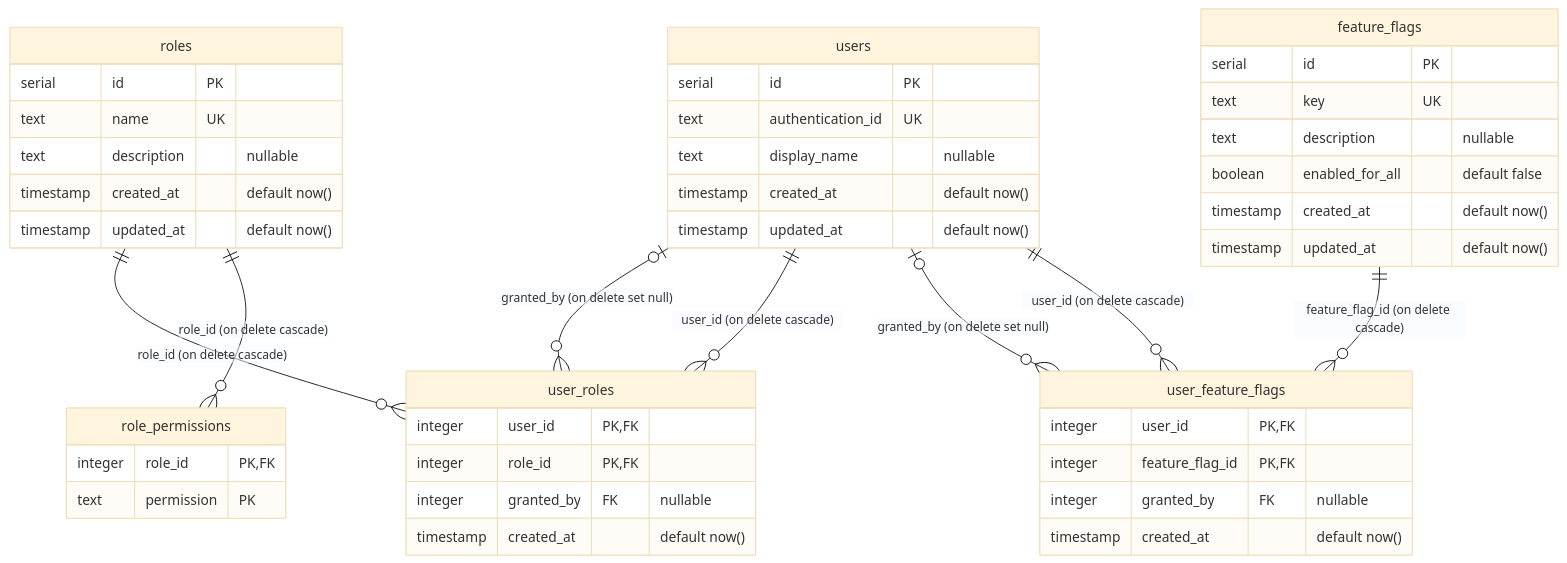
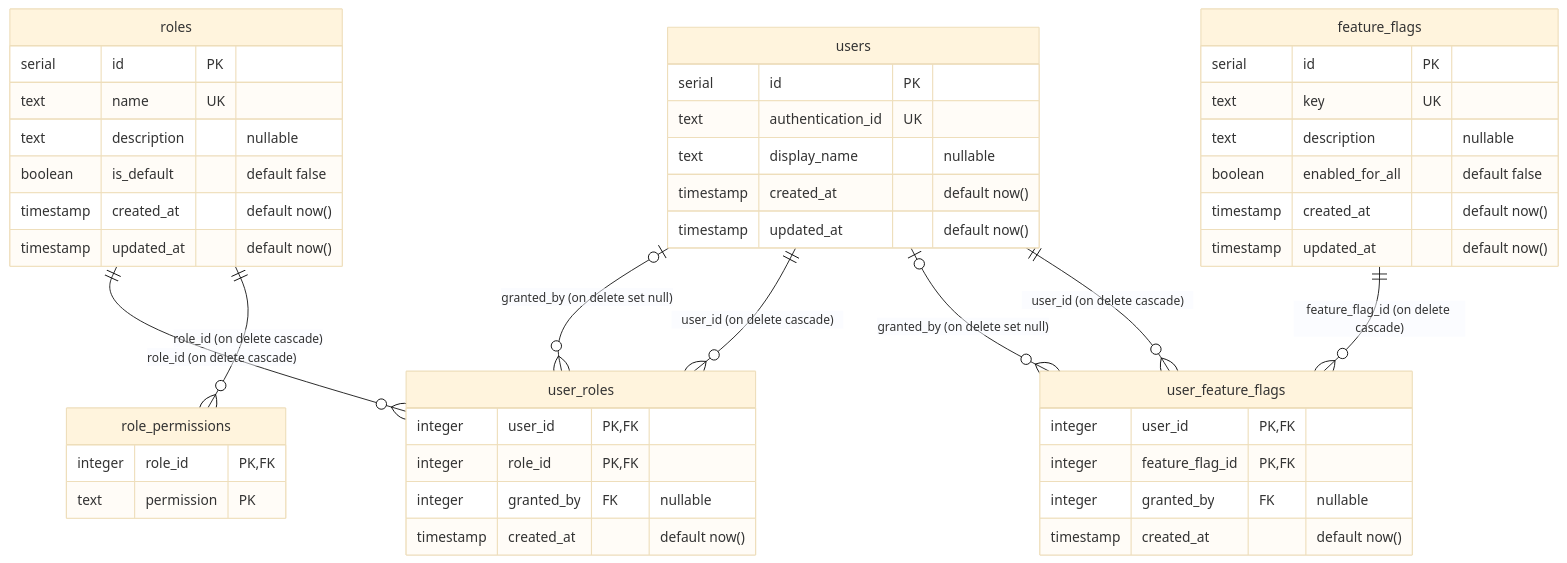
The diagram in packages/database/ERD.md (capitnflam/books), drawn with Mermaid (base theme) before and after one commit. The commit also changed 10 other files, not shown here.

````diff
--- a/packages/database/ERD.md
+++ b/packages/database/ERD.md
@@ -7,48 +7,49 @@
 ```mermaid
 erDiagram
   roles ||--o{ role_permissions : "role_id (on delete cascade)"
   users ||--o{ user_feature_flags : "user_id (on delete cascade)"
   feature_flags ||--o{ user_feature_flags : "feature_flag_id (on delete cascade)"
   users |o--o{ user_feature_flags : "granted_by (on delete set null)"
   users ||--o{ user_roles : "user_id (on delete cascade)"
   roles ||--o{ user_roles : "role_id (on delete cascade)"
   users |o--o{ user_roles : "granted_by (on delete set null)"
   feature_flags {
     serial id PK
     text key UK
     text description "nullable"
     boolean enabled_for_all "default false"
     timestamp created_at "default now()"
     timestamp updated_at "default now()"
   }
   role_permissions {
     integer role_id PK,FK
     text permission PK
   }
   roles {
     serial id PK
     text name UK
     text description "nullable"
+    boolean is_default "default false"
     timestamp created_at "default now()"
     timestamp updated_at "default now()"
   }
   user_feature_flags {
     integer user_id PK,FK
     integer feature_flag_id PK,FK
     integer granted_by FK "nullable"
     timestamp created_at "default now()"
   }
   user_roles {
     integer user_id PK,FK
     integer role_id PK,FK
     integer granted_by FK "nullable"
     timestamp created_at "default now()"
   }
   users {
     serial id PK
     text authentication_id UK
     text display_name "nullable"
     timestamp created_at "default now()"
     timestamp updated_at "default now()"
   }
 ```
````
